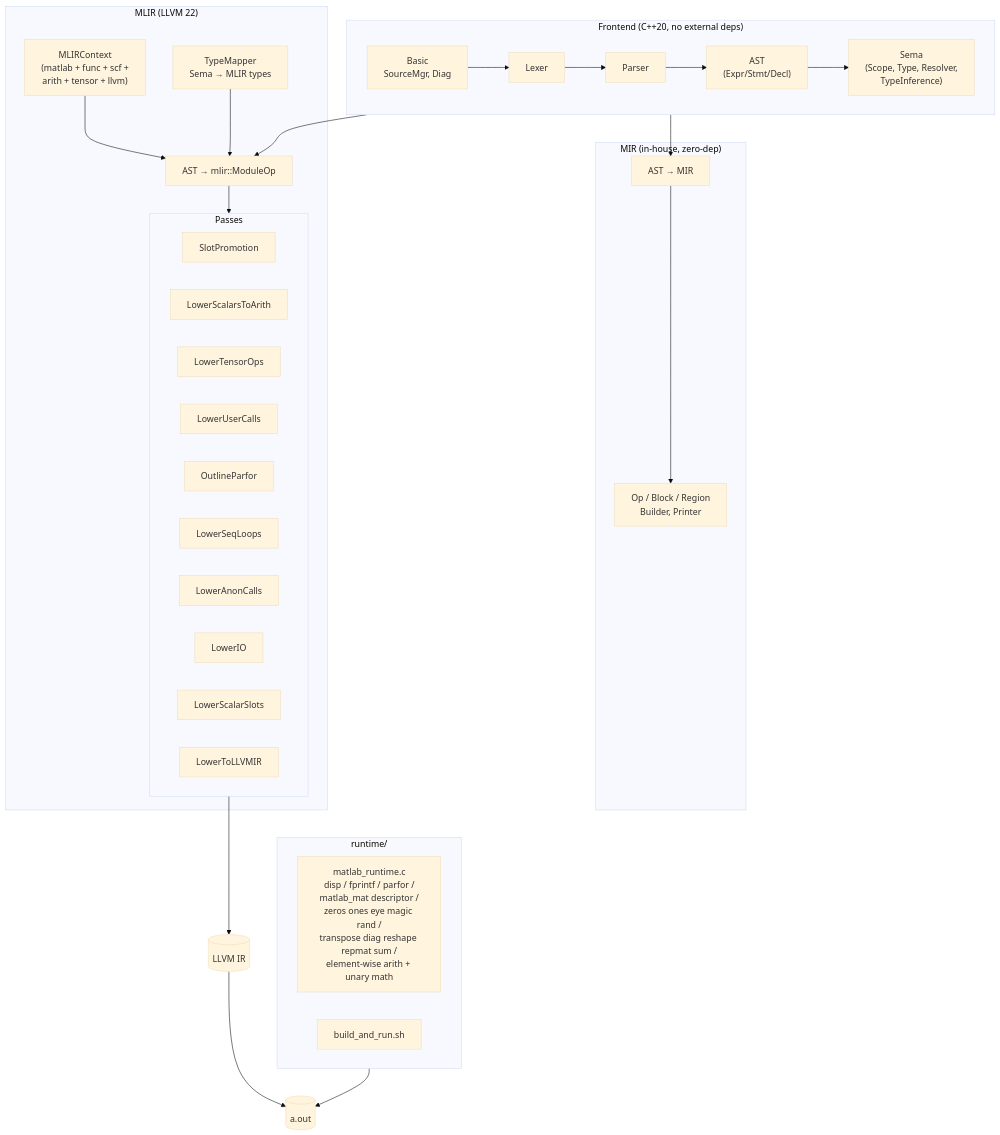
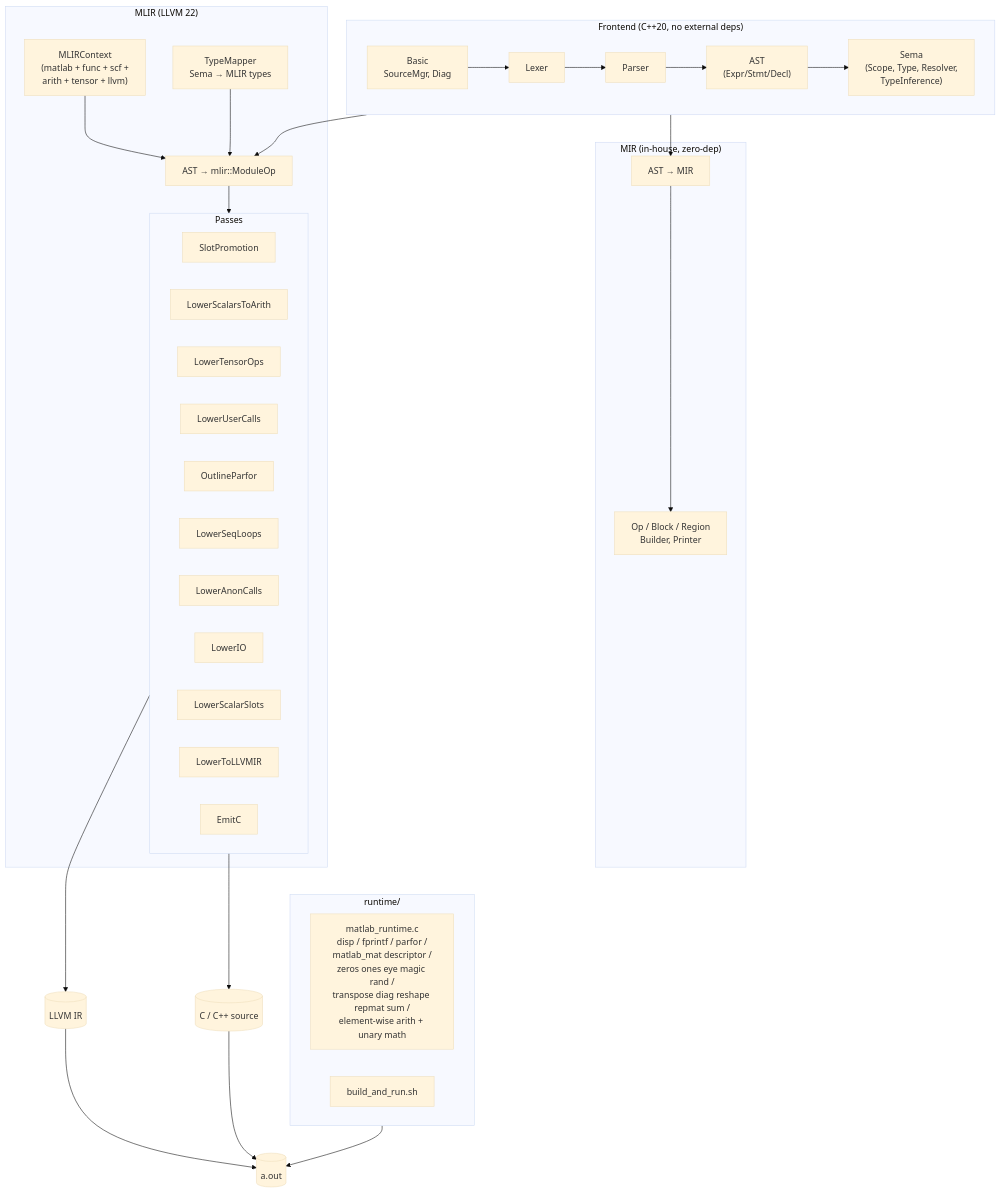
The second of 4 diagrams in README.md (leonardoaraujosantos/matlab_llvm), drawn with Mermaid (base theme) before and after one commit. The commit also changed other lines of this file and 8 other files, not shown here.

````diff
--- a/README.md
+++ b/README.md
@@ -179,49 +210,52 @@
 ```mermaid
 flowchart TD
   subgraph Frontend["Frontend (C++20, no external deps)"]
     direction LR
     Basic["Basic<br/>SourceMgr, Diag"]
     Lex[Lexer]
     Parse[Parser]
     AST["AST<br/>(Expr/Stmt/Decl)"]
     Sema["Sema<br/>(Scope, Type, Resolver,<br/>TypeInference)"]
     Basic --> Lex --> Parse --> AST --> Sema
   end
 
   subgraph MIRB["MIR (in-house, zero-dep)"]
     MIR["Op / Block / Region<br/>Builder, Printer"]
     Lowering1["AST → MIR"]
   end
 
   subgraph MLIRB["MLIR (LLVM 22)"]
     Context["MLIRContext<br/>(matlab + func + scf +<br/>arith + tensor + llvm)"]
     TypeMap["TypeMapper<br/>Sema → MLIR types"]
     Lowering2["AST → mlir::ModuleOp"]
     subgraph Passes["Passes"]
       SP[SlotPromotion]
       LSA[LowerScalarsToArith]
       LTO[LowerTensorOps]
       LUC[LowerUserCalls]
       LPF[OutlineParfor]
       LSL[LowerSeqLoops]
       LAC[LowerAnonCalls]
       LIO[LowerIO]
       LSS[LowerScalarSlots]
       LTL[LowerToLLVMIR]
+      EMC[EmitC]
     end
     Context --> Lowering2 --> Passes
   end
 
   subgraph RT["runtime/"]
     direction LR
     Shim["matlab_runtime.c<br/>disp / fprintf / parfor /<br/>matlab_mat descriptor /<br/>zeros ones eye magic rand /<br/>transpose diag reshape repmat sum /<br/>element-wise arith + unary math"]
     Build["build_and_run.sh"]
   end
 
   Sema --> Lowering1 --> MIR
   Sema --> Lowering2
   TypeMap --> Lowering2
   Passes --> LLVMIR[("LLVM IR")]
+  Passes --> CSRC[("C / C++ source")]
   Shim --> Exe
   LLVMIR --> Exe[("a.out")]
+  CSRC --> Exe
 ```
````
